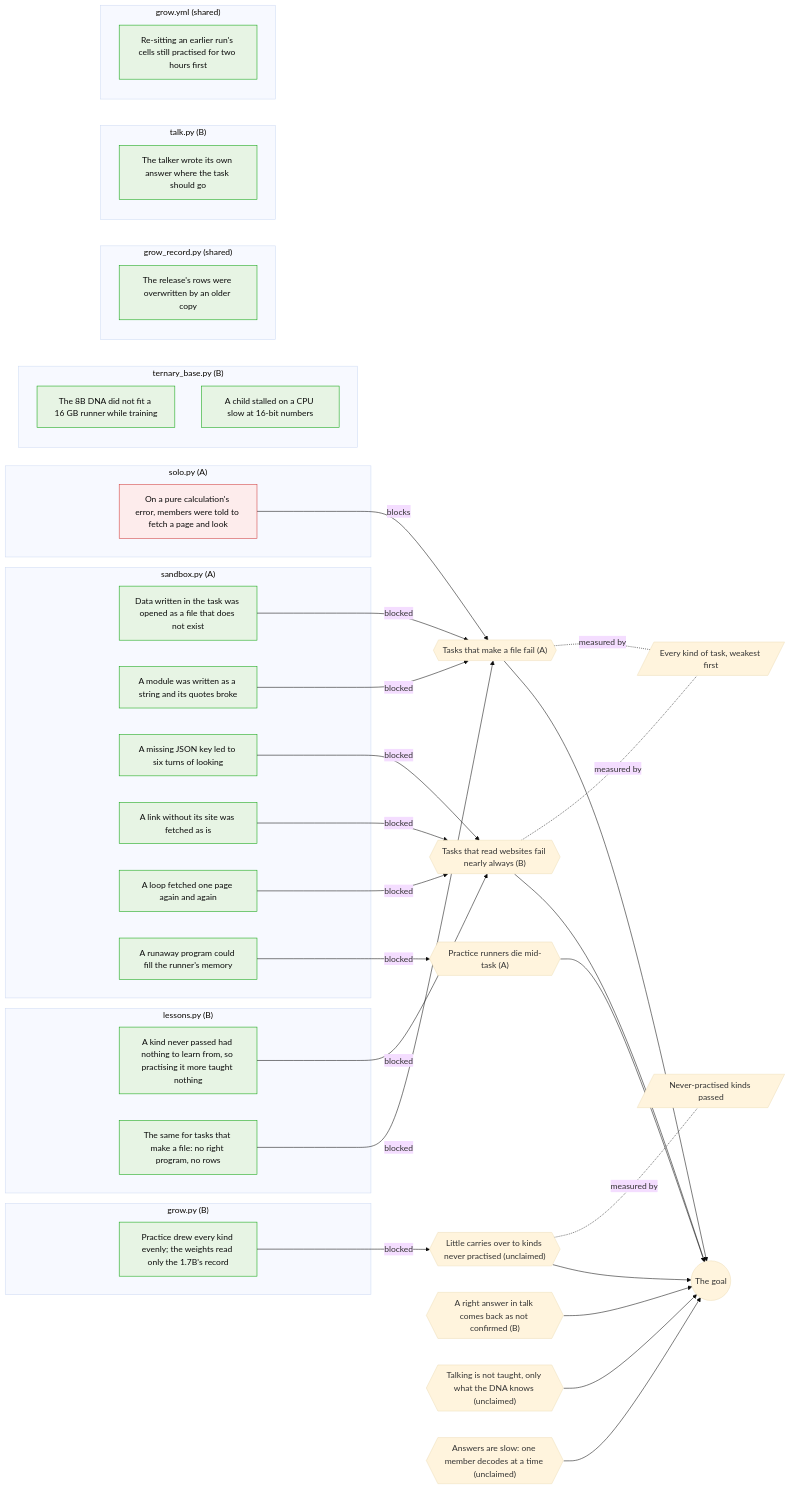
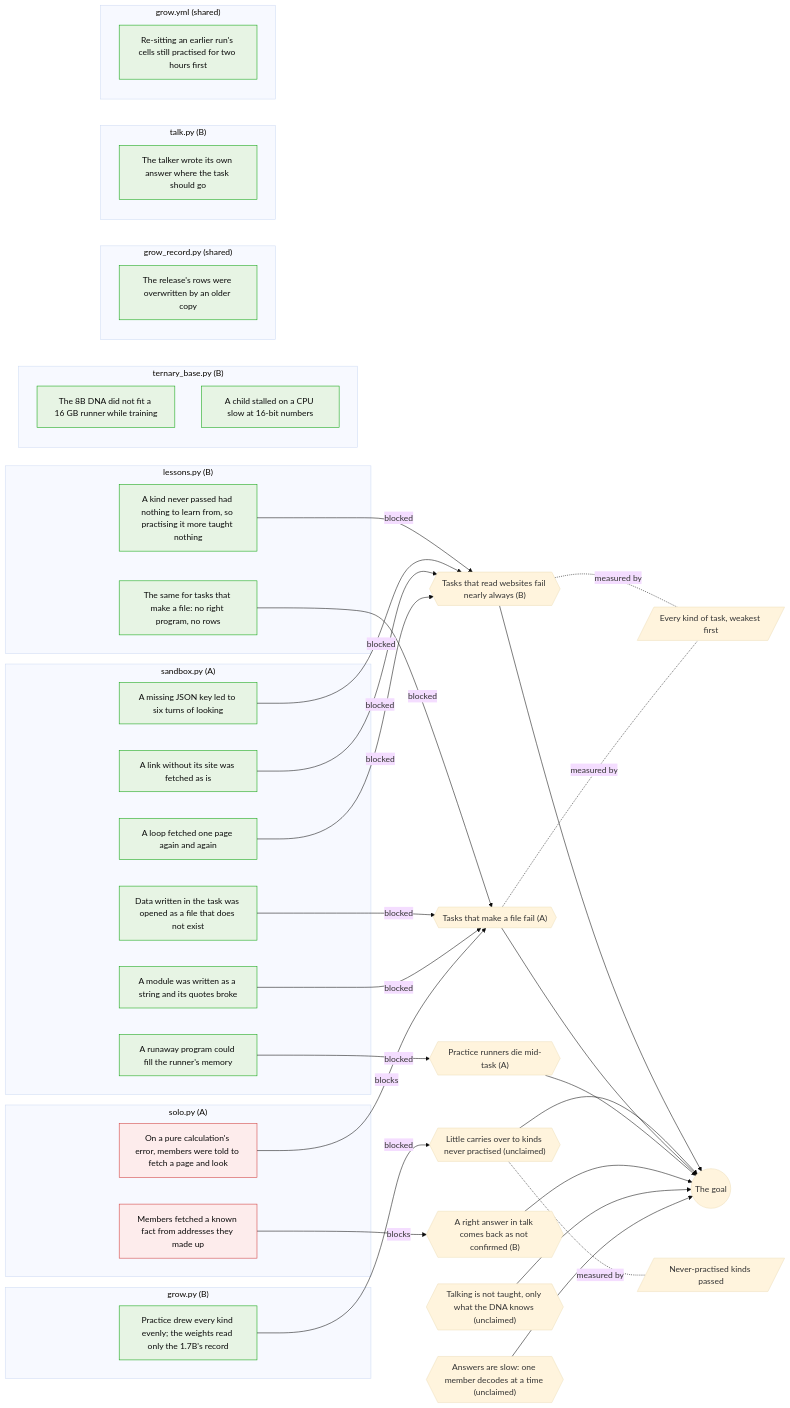
Before and after one commit to Arnav123-s/HiveMIND: the third of 3 diagrams in docs/KNOWLEDGE.md, drawn with Mermaid (base theme). The commit also changed other lines of this file and 3 other files, not shown here.

````diff
--- a/docs/KNOWLEDGE.md
+++ b/docs/KNOWLEDGE.md
@@ -67,66 +67,68 @@
 ```mermaid
 flowchart LR
   goal(("The goal"))
   web{{"Tasks that read websites fail nearly always (B)"}}
   web --> goal
   web -.-|measured by| m_kinds
   carryover{{"Little carries over to kinds never practised (unclaimed)"}}
   carryover --> goal
   carryover -.-|measured by| m_carry
   files{{"Tasks that make a file fail (A)"}}
   files --> goal
   files -.-|measured by| m_kinds
   deaths{{"Practice runners die mid-task (A)"}}
   deaths --> goal
   confirm{{"A right answer in talk comes back as not confirmed (B)"}}
   confirm --> goal
   talktaught{{"Talking is not taught, only what the DNA knows (unclaimed)"}}
   talktaught --> goal
   speed{{"Answers are slow: one member decodes at a time (unclaimed)"}}
   speed --> goal
   m_carry[/"Never-practised kinds passed"/]
   m_kinds[/"Every kind of task, weakest first"/]
   subgraph p_practice["grow.py (B)"]
     f_flat["Practice drew every kind evenly; the weights read only the 1.7B's record"]:::fixed
   end
   subgraph p_lessons["lessons.py (B)"]
     f_nothingright["A kind never passed had nothing to learn from, so practising it more taught nothing"]:::fixed
     f_nothingrightfiles["The same for tasks that make a file: no right program, no rows"]:::fixed
   end
   subgraph p_members["solo.py (A)"]
+    f_fetchknown["Members fetched a known fact from addresses they made up"]:::open
     f_lookadvice["On a pure calculation's error, members were told to fetch a page and look"]:::open
   end
   subgraph p_sandbox["sandbox.py (A)"]
     f_given["Data written in the task was opened as a file that does not exist"]:::fixed
     f_module["A module was written as a string and its quotes broke"]:::fixed
     f_jsonkey["A missing JSON key led to six turns of looking"]:::fixed
     f_links["A link without its site was fetched as is"]:::fixed
     f_samepage["A loop fetched one page again and again"]:::fixed
     f_memory["A runaway program could fill the runner's memory"]:::fixed
   end
   subgraph p_train["ternary_base.py (B)"]
     f_oom8b["The 8B DNA did not fit a 16 GB runner while training"]:::fixed
     f_slowcpu["A child stalled on a CPU slow at 16-bit numbers"]:::fixed
   end
   subgraph p_record["grow_record.py (shared)"]
     f_overwrite["The release's rows were overwritten by an older copy"]:::fixed
   end
   subgraph p_talk["talk.py (B)"]
     f_talkerwrote["The talker wrote its own answer where the task should go"]:::fixed
   end
   subgraph p_workflow["grow.yml (shared)"]
     f_resit["Re-sitting an earlier run's cells still practised for two hours first"]:::fixed
   end
   f_nothingright -->|blocked| web
   f_nothingrightfiles -->|blocked| files
+  f_fetchknown -->|blocks| confirm
   f_given -->|blocked| files
   f_module -->|blocked| files
   f_jsonkey -->|blocked| web
   f_links -->|blocked| web
   f_samepage -->|blocked| web
   f_lookadvice -->|blocks| files
   f_memory -->|blocked| deaths
   f_flat -->|blocked| carryover
   classDef fixed fill:#e7f4e4,stroke:#0ca30c,color:#0b0b0b
   classDef open fill:#fdecec,stroke:#d03b3b,color:#0b0b0b
 ```
````
